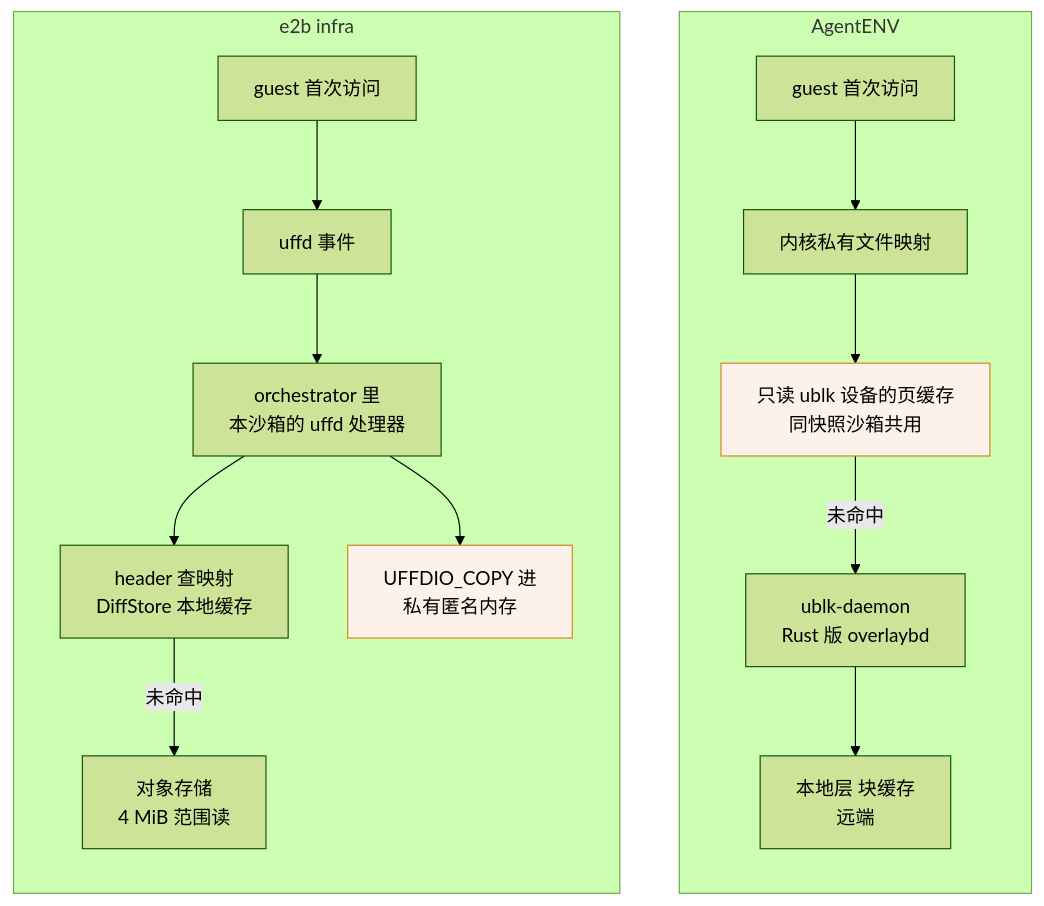
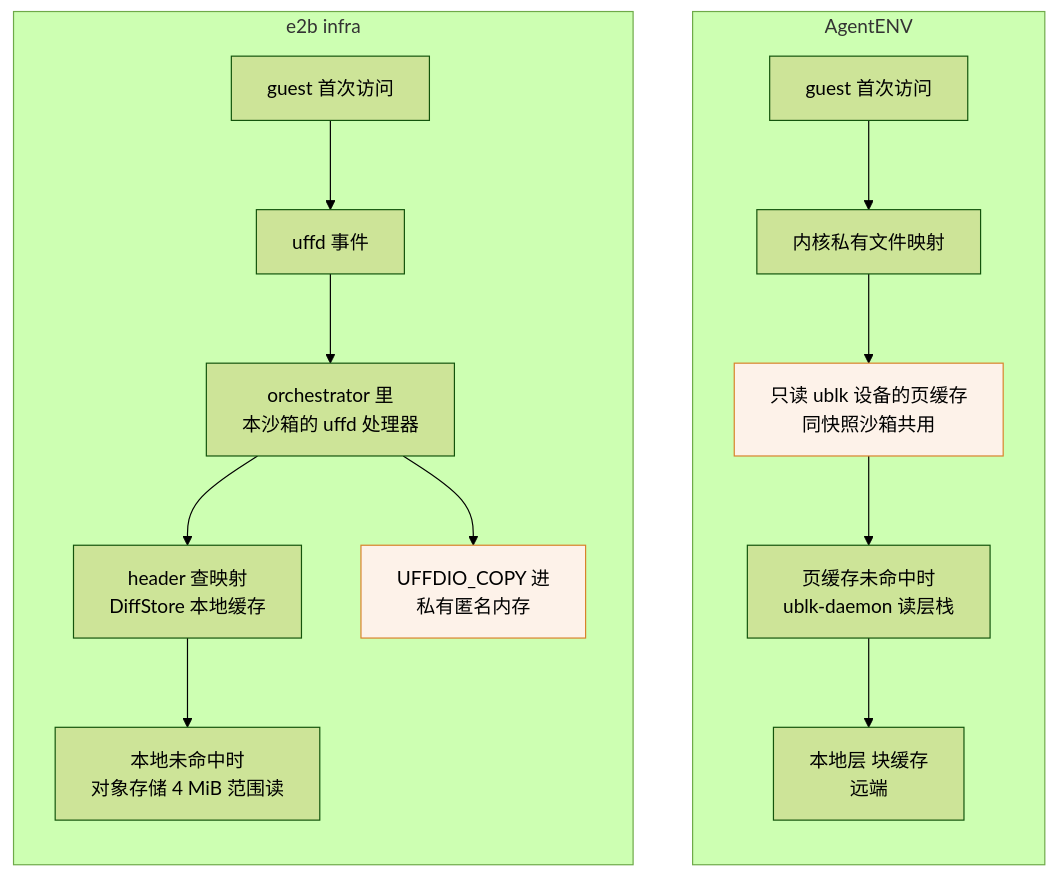
One commit to AustinJiangg/ai-books changed the second of 2 diagrams in agentenv/66-vs-e2b-infra-storage-and-memory.md. Above: the diagram before and after it, drawn with Mermaid (forest theme). The commit also changed other lines of this file and 14 other files, not shown here.

````diff
--- a/agentenv/66-vs-e2b-infra-storage-and-memory.md
+++ b/agentenv/66-vs-e2b-infra-storage-and-memory.md
@@ -110,21 +110,21 @@
 ```mermaid
 flowchart LR
     subgraph E["e2b infra"]
         direction TB
         EG["guest 首次访问"] --> EU["uffd 事件"]
         EU --> EH["orchestrator 里<br/>本沙箱的 uffd 处理器"]
         EH --> ED["header 查映射<br/>DiffStore 本地缓存"]
-        ED -->|"未命中"| EO["对象存储<br/>4 MiB 范围读"]
+        ED --> EO["本地未命中时<br/>对象存储 4 MiB 范围读"]
         EH --> EC["UFFDIO_COPY 进<br/>私有匿名内存"]
     end
     subgraph A["AgentENV"]
         direction TB
         AG["guest 首次访问"] --> AK["内核私有文件映射"]
         AK --> AP["只读 ublk 设备的页缓存<br/>同快照沙箱共用"]
-        AP -->|"未命中"| AD["ublk-daemon<br/>Rust 版 overlaybd"]
+        AP --> AD["页缓存未命中时<br/>ublk-daemon 读层栈"]
         AD --> AL["本地层 块缓存<br/>远端"]
     end
     E ~~~ A
     classDef diff fill:#fdf2e9,stroke:#d9822b
     class EC,AP diff
 ```
````
